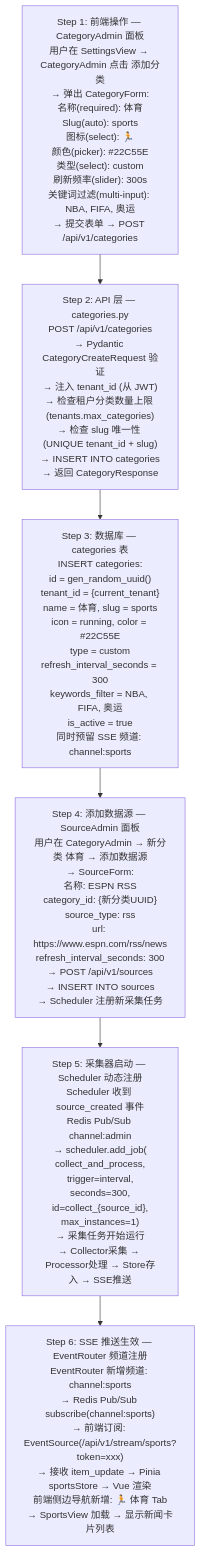
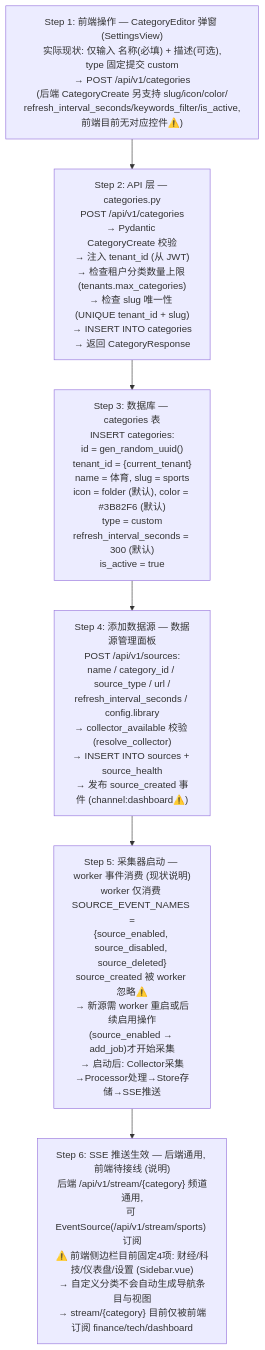
The third of 6 diagrams in docs/design/content-categories.md (onceme/instantboard), drawn with Mermaid before and after one commit. The commit also changed other lines of this file and 14 other files, not shown here.

````diff
--- a/docs/design/content-categories.md
+++ b/docs/design/content-categories.md
@@ -206,10 +218,10 @@
 ```mermaid
 graph TD
-    step1["Step 1: 前端操作 — CategoryAdmin 面板<br/>用户在 SettingsView → CategoryAdmin 点击 添加分类<br/>→ 弹出 CategoryForm:<br/>名称(required): 体育<br/>Slug(auto): sports<br/>图标(select): 🏃<br/>颜色(picker): #22C55E<br/>类型(select): custom<br/>刷新频率(slider): 300s<br/>关键词过滤(multi-input): NBA, FIFA, 奥运<br/>→ 提交表单 → POST /api/v1/categories"]
-    step2["Step 2: API 层 — categories.py<br/>POST /api/v1/categories<br/>→ Pydantic CategoryCreateRequest 验证<br/>→ 注入 tenant_id (从 JWT)<br/>→ 检查租户分类数量上限 (tenants.max_categories)<br/>→ 检查 slug 唯一性 (UNIQUE tenant_id + slug)<br/>→ INSERT INTO categories<br/>→ 返回 CategoryResponse"]
-    step3["Step 3: 数据库 — categories 表<br/>INSERT categories:<br/>id = gen_random_uuid()<br/>tenant_id = {current_tenant}<br/>name = 体育, slug = sports<br/>icon = running, color = #22C55E<br/>type = custom<br/>refresh_interval_seconds = 300<br/>keywords_filter = NBA, FIFA, 奥运<br/>is_active = true<br/>同时预留 SSE 频道: channel:sports"]
-    step4["Step 4: 添加数据源 — SourceAdmin 面板<br/>用户在 CategoryAdmin → 新分类 体育 → 添加数据源<br/>→ SourceForm:<br/>名称: ESPN RSS<br/>category_id: {新分类UUID}<br/>source_type: rss<br/>url: https://www.espn.com/rss/news<br/>refresh_interval_seconds: 300<br/>→ POST /api/v1/sources<br/>→ INSERT INTO sources<br/>→ Scheduler 注册新采集任务"]
-    step5["Step 5: 采集器启动 — Scheduler 动态注册<br/>Scheduler 收到 source_created 事件<br/>Redis Pub/Sub channel:admin<br/>→ scheduler.add_job(<br/>collect_and_process,<br/>trigger=interval,<br/>seconds=300,<br/>id=collect_{source_id},<br/>max_instances=1)<br/>→ 采集任务开始运行<br/>→ Collector采集 → Processor处理 → Store存入 → SSE推送"]
-    step6["Step 6: SSE 推送生效 — EventRouter 频道注册<br/>EventRouter 新增频道: channel:sports<br/>→ Redis Pub/Sub subscribe(channel:sports)<br/>→ 前端订阅: EventSource(/api/v1/stream/sports?token=xxx)<br/>→ 接收 item_update → Pinia sportsStore → Vue 渲染<br/>前端侧边导航新增: 🏃 体育 Tab<br/>→ SportsView 加载 → 显示新闻卡片列表"]
+    step1["Step 1: 前端操作 — CategoryEditor 弹窗 (SettingsView)<br/>实际现状: 仅输入 名称(必填) + 描述(可选),<br/>type 固定提交 custom<br/>→ POST /api/v1/categories<br/>(后端 CategoryCreate 另支持 slug/icon/color/<br/>refresh_interval_seconds/keywords_filter/is_active,<br/>前端目前无对应控件⚠️)"]
+    step2["Step 2: API 层 — categories.py<br/>POST /api/v1/categories<br/>→ Pydantic CategoryCreate 校验<br/>→ 注入 tenant_id (从 JWT)<br/>→ 检查租户分类数量上限 (tenants.max_categories)<br/>→ 检查 slug 唯一性 (UNIQUE tenant_id + slug)<br/>→ INSERT INTO categories<br/>→ 返回 CategoryResponse"]
+    step3["Step 3: 数据库 — categories 表<br/>INSERT categories:<br/>id = gen_random_uuid()<br/>tenant_id = {current_tenant}<br/>name = 体育, slug = sports<br/>icon = folder (默认), color = #3B82F6 (默认)<br/>type = custom<br/>refresh_interval_seconds = 300 (默认)<br/>is_active = true"]
+    step4["Step 4: 添加数据源 — 数据源管理面板<br/>POST /api/v1/sources:<br/>name / category_id / source_type / url /<br/>refresh_interval_seconds / config.library<br/>→ collector_available 校验 (resolve_collector)<br/>→ INSERT INTO sources + source_health<br/>→ 发布 source_created 事件 (channel:dashboard⚠️)"]
+    step5["Step 5: 采集器启动 — worker 事件消费 (现状说明)<br/>worker 仅消费 SOURCE_EVENT_NAMES =<br/>{source_enabled, source_disabled, source_deleted}<br/>source_created 被 worker 忽略⚠️<br/>→ 新源需 worker 重启或后续启用操作<br/>(source_enabled → add_job)才开始采集<br/>→ 启动后: Collector采集→Processor处理→Store存储→SSE推送"]
+    step6["Step 6: SSE 推送生效 — 后端通用, 前端待接线 (说明)<br/>后端 /api/v1/stream/{category} 频道通用,<br/>可 EventSource(/api/v1/stream/sports) 订阅<br/>⚠️ 前端侧边栏目前固定4项: 财经/科技/仪表盘/设置 (Sidebar.vue)<br/>→ 自定义分类不会自动生成导航条目与视图<br/>→ stream/{category} 目前仅被前端订阅 finance/tech/dashboard"]
     step1 --> step2 --> step3 --> step4 --> step5 --> step6
 ```
````
